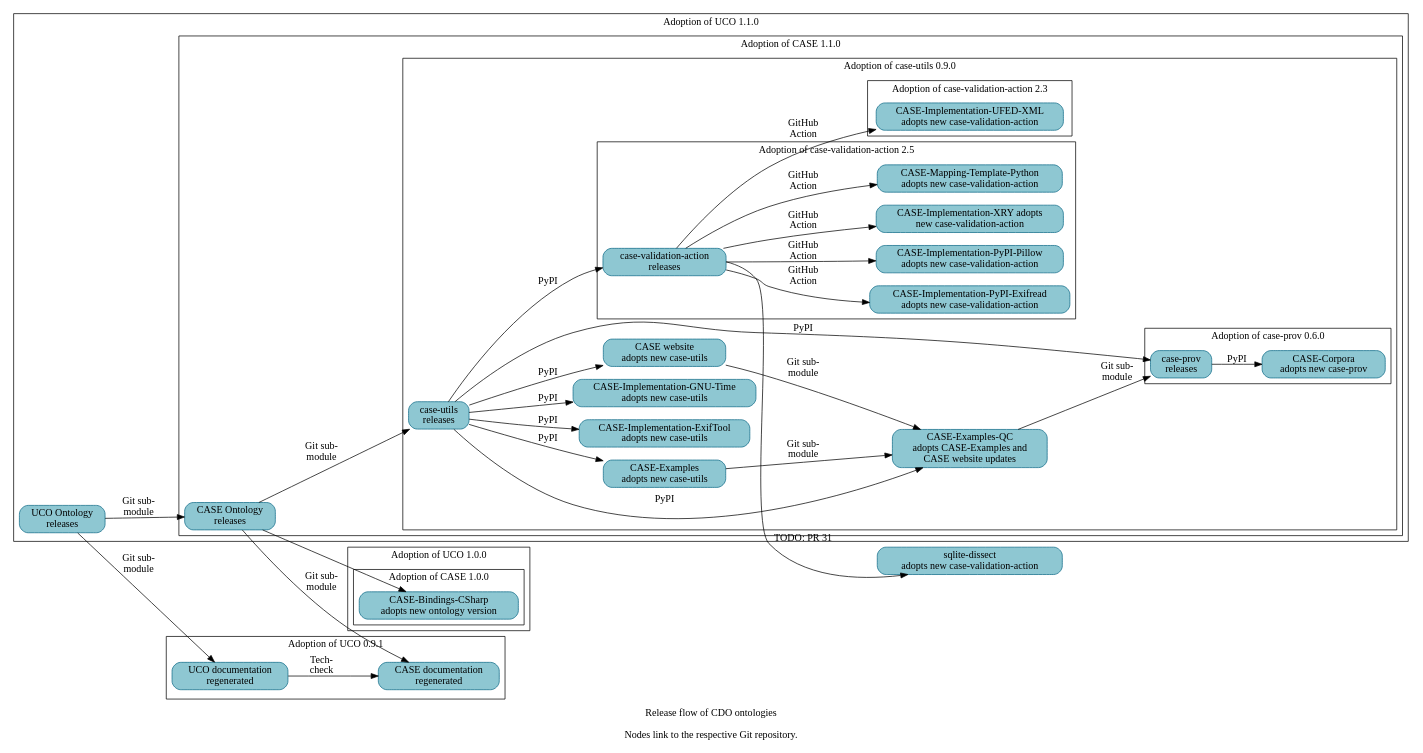
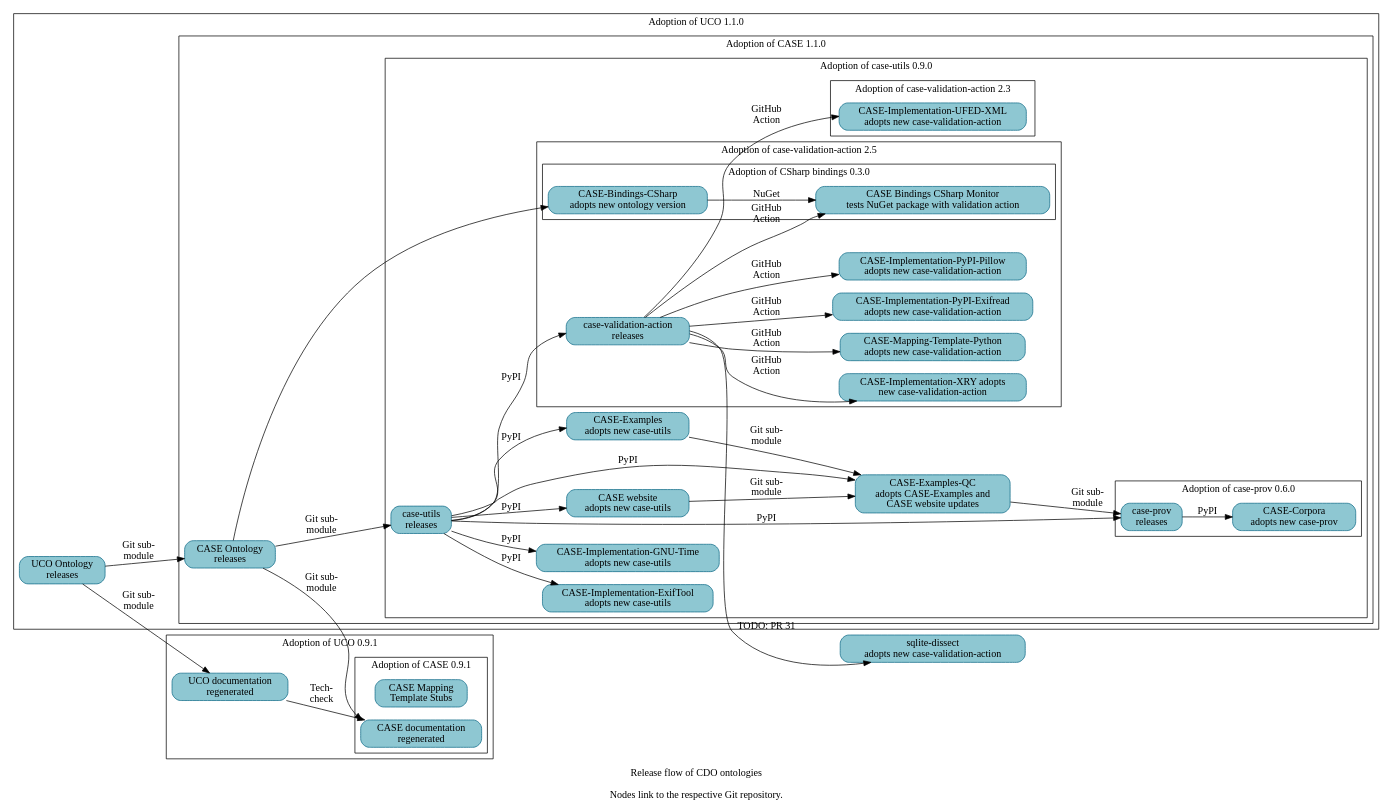
The diagram in resources/project_release_flow.dot (Cyber-Domain-Ontology/cdo.github.io), drawn with Graphviz before and after one commit.

Commit message:
Add CSharp Bindings Monitor, and bump CSharp Bindings to 0.3.0
A follow-on patch will regenerate Make-managed files.

References:
* https://github.com/casework/CASE-Bindings-CSharp-Monitor/pull/3

```diff
--- a/resources/project_release_flow.dot
+++ b/resources/project_release_flow.dot
@@ -1,96 +1,102 @@
 digraph "cdo_release_flow" {
   label = "Release flow of CDO ontologies\n\nNodes link to the respective Git repository." ;
   rankdir = "LR" ;
   node [shape="rectangle" style="filled,rounded" fillcolor="#8EC7D2" color="#0D6986"] ;
 
 
   // Define nodes in their corresponding progress subgraph.
 
   subgraph cluster_uco_0_9_1 {
     label = "Adoption of UCO 0.9.1" ;
 
-    _GH__CASEWORK__ONTOLOGY_CASEONTOLOGY_ORG [URL="https://github.com/casework/ontology.caseontology.org" label="CASE documentation\nregenerated"] ;
     _GH__UCOPROJECT__ONTOLOGY_UNIFIEDCYBERONTOLOGY_ORG [URL="https://github.com/ucoProject/ontology.unifiedcyberontology.org" label="UCO documentation\nregenerated"] ;
-  }
-  subgraph cluster_uco_1_0_0 {
-    label = "Adoption of UCO 1.0.0" ;
-    subgraph cluster_case_1_0_0 {
-      label = "Adoption of CASE 1.0.0" ;
-      _GH__CIPHERTECHSOLUTIONS__CASE_BINDINGS_CSHARP [URL="https://github.com/ciphertechsolutions/CASE-Bindings-CSharp" label="CASE-Bindings-CSharp\nadopts new ontology version"]
+
+    subgraph cluster_case_0_9_1 {
+      label = "Adoption of CASE 0.9.1" ;
+      _GH__CASEWORK__CASE_MAPPING_TEMPLATE_STUBS [URL="https://github.com/casework/CASE-Mapping-Template-Stubs" label="CASE Mapping\nTemplate Stubs"] ;
+      _GH__CASEWORK__ONTOLOGY_CASEONTOLOGY_ORG [URL="https://github.com/casework/ontology.caseontology.org" label="CASE documentation\nregenerated"] ;
     }
   }
   subgraph cluster_uco_1_1_0 {
     label = "Adoption of UCO 1.1.0" ;
 
     _GH__UCOPROJECT__UCO [URL="https://github.com/ucoProject/UCO" label="UCO Ontology\nreleases"] ;
 
     subgraph cluster_case_1_1_0 {
       label = "Adoption of CASE 1.1.0" ;
 
       _GH__CASEWORK__CASE [URL="https://github.com/casework/CASE" label="CASE Ontology\nreleases"] ;
 
       subgraph cluster_case_utils_0_9_0 {
         label = "Adoption of case-utils 0.9.0" ;
 
         _GH__AJNELSON_NIST__CASE_EXAMPLES_QC [URL="https://github.com/ajnelson-nist/CASE-Examples-QC" label="CASE-Examples-QC\nadopts CASE-Examples and\nCASE website updates"] ;
         _GH__CASEWORK__CASE_EXAMPLES [URL="https://github.com/casework/CASE-Examples" label="CASE-Examples\nadopts new case-utils"] ;
         _GH__CASEWORK__CASE_IMPLEMENTATON_EXIFTOOL [URL="https://github.com/casework/CASE-Implementation-ExifTool" label="CASE-Implementation-ExifTool\nadopts new case-utils"] ;
         _GH__CASEWORK__CASE_IMPLEMENTATON_GNU_TIME [URL="https://github.com/casework/CASE-Implementation-GNU-Time" label="CASE-Implementation-GNU-Time\nadopts new case-utils"] ;
         _GH__CASEWORK__CASE_UTILITIES_PYTHON [URL="https://github.com/casework/CASE-Utilities-Python" label="case-utils\nreleases"] ;
         _GH__CASEWORK__CASEWORK_GITHUB_IO [URL="https://github.com/casework/casework.github.io" label="CASE website\nadopts new case-utils"] ;
 
         subgraph cluster_case_prov_0_6_0 {
           label = "Adoption of case-prov 0.6.0" ;
 
           _GH__CASEWORK__CASE_CORPORA [URL="https://github.com/casework/CASE-Corpora" label="CASE-Corpora\nadopts new case-prov"] ;
           _GH__CASEWORK__CASE_IMPLEMENTATON_PROV_O [URL="https://github.com/casework/CASE-Implementation-PROV-O" label="case-prov\nreleases"] ;
         }
 
         subgraph cluster_case_validation_action_2_3 {
           label = "Adoption of case-validation-action 2.3" ;
 
           _GH__CASEWORK__CASE_IMPLEMENTATON_UFED_XML [URL="https://github.com/casework/CASE-Implementation-UFED-XML" label="CASE-Implementation-UFED-XML\nadopts new case-validation-action"] ;
         }
 
         subgraph cluster_case_validation_action_2_5 {
           label = "Adoption of case-validation-action 2.5" ;
 
           _GH__CASEWORK__CASE_IMPLEMENTATON_PYPI_EXIFREAD [URL="https://github.com/casework/CASE-Implementation-PyPI-Exifread" label="CASE-Implementation-PyPI-Exifread\nadopts new case-validation-action"] ;
           _GH__CASEWORK__CASE_IMPLEMENTATON_PYPI_PILLOW [URL="https://github.com/casework/CASE-Implementation-PyPI-Pillow" label="CASE-Implementation-PyPI-Pillow\nadopts new case-validation-action"] ;
           _GH__CASEWORK__CASE_IMPLEMENTATON_XRY [URL="https://github.com/casework/CASE-Implementation-XRY" label="CASE-Implementation-XRY adopts\nnew case-validation-action"] ;
           _GH__CASEWORK__CASE_MAPPING_TEMPLATE_PYTHON [URL="https://github.com/casework/CASE-Mapping-Template-Python" label="CASE-Mapping-Template-Python\nadopts new case-validation-action"] ;
           _GH__KCHASON__CASE_VALIDATION_ACTION [URL="https://github.com/kchason/case-validation-action" label="case-validation-action\nreleases"] ;
+
+          subgraph cluster_case_bindings_csharp_0_3_0 {
+            label = "Adoption of CSharp bindings 0.3.0" ;
+            _GH__CASEWORK__CASE_BINDINGS_CSHARP_MONITOR [URL="https://github.com/casework/CASE-Bindings-CSharp-Monitor" label="CASE Bindings CSharp Monitor\ntests NuGet package with validation action"] ;
+            _GH__CIPHERTECHSOLUTIONS__CASE_BINDINGS_CSHARP [URL="https://github.com/ciphertechsolutions/CASE-Bindings-CSharp" label="CASE-Bindings-CSharp\nadopts new ontology version"]
+          }
         }
       }
     }
   }
 
   _GH__DOD_CYBER_CRIME_CENTER__SQLITE_DISSECT [URL="https://github.com/dod-cyber-crime-center/sqlite-dissect" label="sqlite-dissect\nadopts new case-validation-action"] ;
 
   // Begin edges
 
   _GH__AJNELSON_NIST__CASE_EXAMPLES_QC -> _GH__CASEWORK__CASE_IMPLEMENTATON_PROV_O [label="Git sub-\nmodule"] ;
   _GH__CASEWORK__CASE -> _GH__CASEWORK__CASE_UTILITIES_PYTHON [label="Git sub-\nmodule"] ;
   _GH__CASEWORK__CASE -> _GH__CIPHERTECHSOLUTIONS__CASE_BINDINGS_CSHARP ;
   _GH__CASEWORK__CASE -> _GH__CASEWORK__ONTOLOGY_CASEONTOLOGY_ORG [label="Git sub-\nmodule"] ; 
   _GH__CASEWORK__CASE_EXAMPLES -> _GH__AJNELSON_NIST__CASE_EXAMPLES_QC [label="Git sub-\nmodule"] ;
   _GH__CASEWORK__CASE_IMPLEMENTATON_PROV_O -> _GH__CASEWORK__CASE_CORPORA [label="PyPI"] ;
   _GH__CASEWORK__CASE_UTILITIES_PYTHON -> _GH__AJNELSON_NIST__CASE_EXAMPLES_QC [label="PyPI"] ;
   _GH__CASEWORK__CASE_UTILITIES_PYTHON -> _GH__CASEWORK__CASE_EXAMPLES [label="PyPI"] ;
   _GH__CASEWORK__CASE_UTILITIES_PYTHON -> _GH__CASEWORK__CASE_IMPLEMENTATON_EXIFTOOL [label="PyPI"] ;
   _GH__CASEWORK__CASE_UTILITIES_PYTHON -> _GH__CASEWORK__CASE_IMPLEMENTATON_GNU_TIME [label="PyPI"] ;
   _GH__CASEWORK__CASE_UTILITIES_PYTHON -> _GH__CASEWORK__CASE_IMPLEMENTATON_PROV_O [label="PyPI"] ;
   _GH__CASEWORK__CASE_UTILITIES_PYTHON -> _GH__KCHASON__CASE_VALIDATION_ACTION [label="PyPI"] ;
   _GH__CASEWORK__CASE_UTILITIES_PYTHON -> _GH__CASEWORK__CASEWORK_GITHUB_IO [label="PyPI"] ;
   _GH__CASEWORK__CASEWORK_GITHUB_IO -> _GH__AJNELSON_NIST__CASE_EXAMPLES_QC [label="Git sub-\nmodule"] ;
+  _GH__CIPHERTECHSOLUTIONS__CASE_BINDINGS_CSHARP -> _GH__CASEWORK__CASE_BINDINGS_CSHARP_MONITOR [label="NuGet"] ;
+  _GH__KCHASON__CASE_VALIDATION_ACTION -> _GH__CASEWORK__CASE_BINDINGS_CSHARP_MONITOR [label="GitHub\nAction"] ;
   _GH__KCHASON__CASE_VALIDATION_ACTION -> _GH__CASEWORK__CASE_IMPLEMENTATON_PYPI_EXIFREAD [label="GitHub\nAction"] ;
   _GH__KCHASON__CASE_VALIDATION_ACTION -> _GH__CASEWORK__CASE_IMPLEMENTATON_PYPI_PILLOW [label="GitHub\nAction"] ;
   _GH__KCHASON__CASE_VALIDATION_ACTION -> _GH__CASEWORK__CASE_IMPLEMENTATON_UFED_XML [label="GitHub\nAction"] ;
   _GH__KCHASON__CASE_VALIDATION_ACTION -> _GH__CASEWORK__CASE_IMPLEMENTATON_XRY [label="GitHub\nAction"] ;
   _GH__KCHASON__CASE_VALIDATION_ACTION -> _GH__CASEWORK__CASE_MAPPING_TEMPLATE_PYTHON [label="GitHub\nAction"] ;
   _GH__KCHASON__CASE_VALIDATION_ACTION -> _GH__DOD_CYBER_CRIME_CENTER__SQLITE_DISSECT [URL="https://github.com/dod-cyber-crime-center/sqlite-dissect/pull/31" label="TODO: PR 31"] ;
   _GH__UCOPROJECT__ONTOLOGY_UNIFIEDCYBERONTOLOGY_ORG -> _GH__CASEWORK__ONTOLOGY_CASEONTOLOGY_ORG [label="Tech-\ncheck"];
   _GH__UCOPROJECT__UCO -> _GH__CASEWORK__CASE [label="Git sub-\nmodule"] ;
   _GH__UCOPROJECT__UCO -> _GH__UCOPROJECT__ONTOLOGY_UNIFIEDCYBERONTOLOGY_ORG [label="Git sub-\nmodule"] ;
 
 }
```
